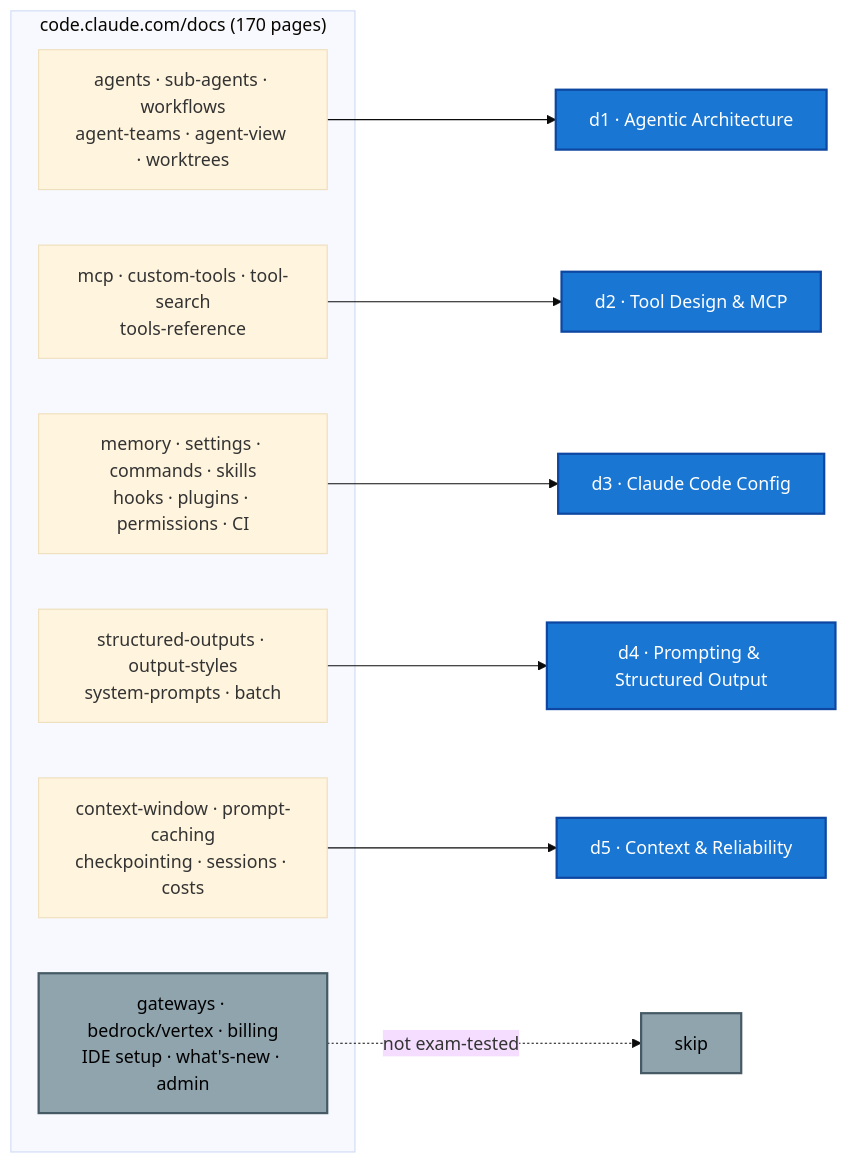
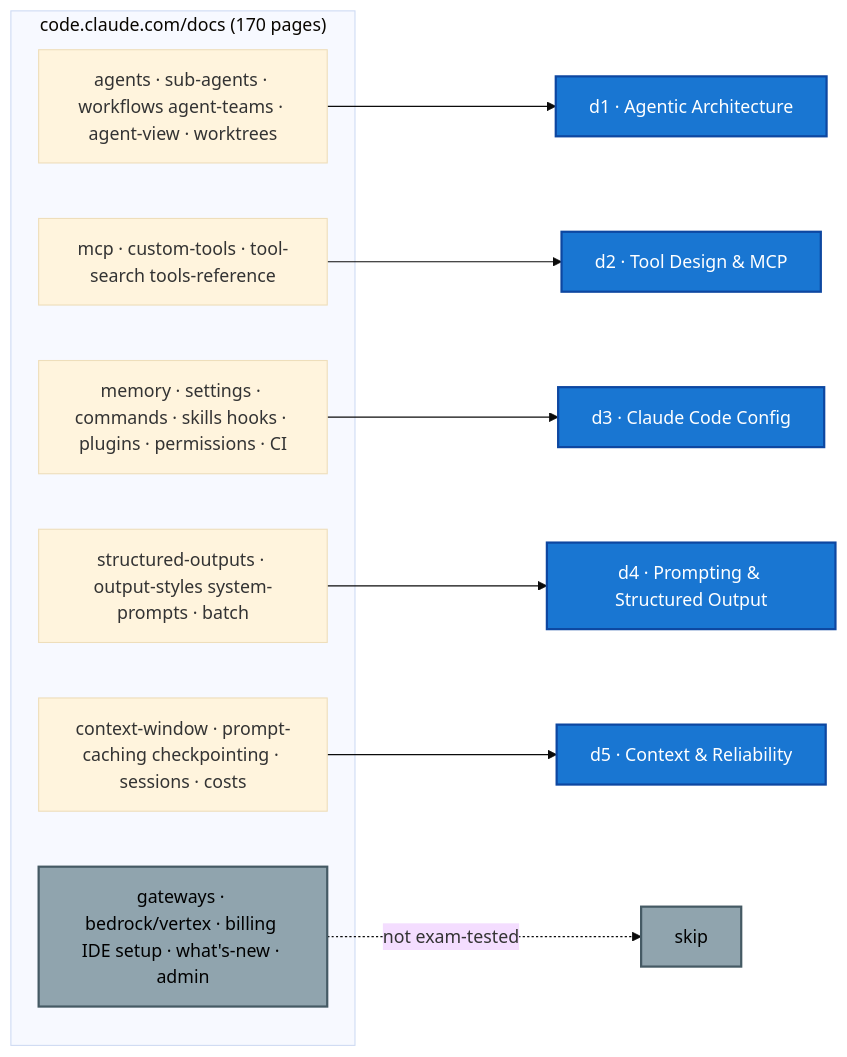
One commit to parmar-m/claude-architect-certification-prep changed the diagram in CCA-F/official-docs-coverage-map.md. Above: the diagram before and after it, drawn with Mermaid (base theme). The commit also changed other lines of this file and 25 other files, not shown here.

````diff
--- a/CCA-F/official-docs-coverage-map.md
+++ b/CCA-F/official-docs-coverage-map.md
@@ -5,21 +5,21 @@
 ```mermaid
 flowchart LR
     subgraph DOCS["code.claude.com/docs (170 pages)"]
-        A["agents · sub-agents · workflows<br/>agent-teams · agent-view · worktrees"]
-        B["mcp · custom-tools · tool-search<br/>tools-reference"]
-        C["memory · settings · commands · skills<br/>hooks · plugins · permissions · CI"]
-        D["structured-outputs · output-styles<br/>system-prompts · batch"]
-        E["context-window · prompt-caching<br/>checkpointing · sessions · costs"]
-        X["gateways · bedrock/vertex · billing<br/>IDE setup · what's-new · admin"]
+        A["agents · sub-agents · workflows agent-teams · agent-view · worktrees"]
+        B["mcp · custom-tools · tool-search tools-reference"]
+        C["memory · settings · commands · skills hooks · plugins · permissions · CI"]
+        D["structured-outputs · output-styles system-prompts · batch"]
+        E["context-window · prompt-caching checkpointing · sessions · costs"]
+        X["gateways · bedrock/vertex · billing IDE setup · what's-new · admin"]
     end
     A --> D1["d1 · Agentic Architecture"]
     B --> D2["d2 · Tool Design & MCP"]
     C --> D3["d3 · Claude Code Config"]
     D --> D4["d4 · Prompting & Structured Output"]
     E --> D5["d5 · Context & Reliability"]
     X -.->|not exam-tested| OUT["skip"]
     classDef dom fill:#1976D2,color:#fff,stroke:#0D47A1,stroke-width:2px
     classDef skip fill:#90A4AE,color:#000,stroke:#455A64,stroke-width:2px
     class D1,D2,D3,D4,D5 dom
     class OUT,X skip
 ```
````
